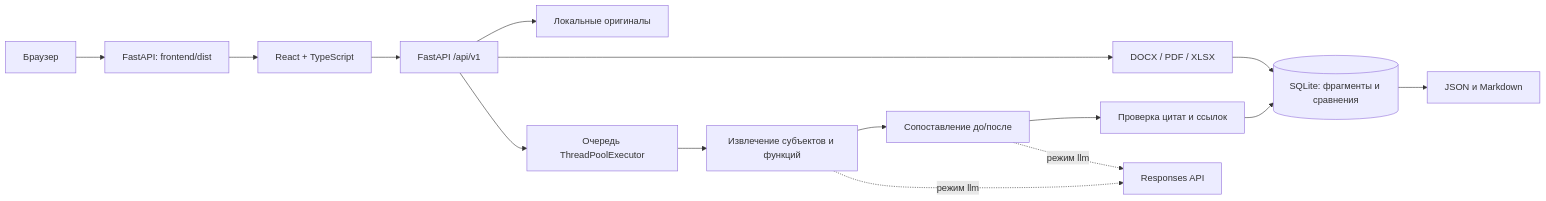
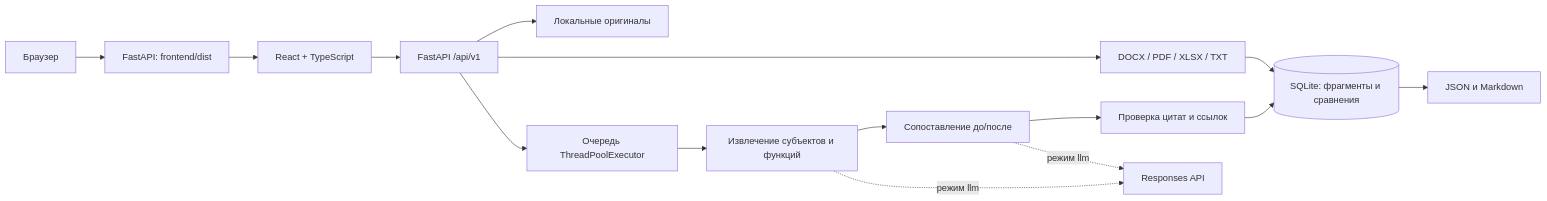
One commit to BAITC-Hacks/hack-85aebd11-larpsec changed the diagram in docs/ARCHITECTURE.md. Above: the diagram before and after it, drawn with Mermaid. The commit also changed other lines of this file and 16 other files, not shown here.

Commit message:
feat: support TXT uploads and improve PDF and Excel comparison

````diff
--- a/docs/ARCHITECTURE.md
+++ b/docs/ARCHITECTURE.md
@@ -3,17 +3,17 @@
 ```mermaid
 flowchart LR
     Browser[Браузер] --> Static[FastAPI: frontend/dist]
     Static --> UI[React + TypeScript]
     UI --> API[FastAPI /api/v1]
     API --> Files[Локальные оригиналы]
-    API --> Parse[DOCX / PDF / XLSX]
+    API --> Parse[DOCX / PDF / XLSX / TXT]
     Parse --> DB[(SQLite: фрагменты и сравнения)]
     API --> Jobs[Очередь ThreadPoolExecutor]
     Jobs --> Extract[Извлечение субъектов и функций]
     Extract --> Compare[Сопоставление до/после]
     Compare --> Validate[Проверка цитат и ссылок]
     Validate --> DB
     DB --> Report[JSON и Markdown]
     Extract -. режим llm .-> Model[Responses API]
     Compare -. режим llm .-> Model
 ```
````
